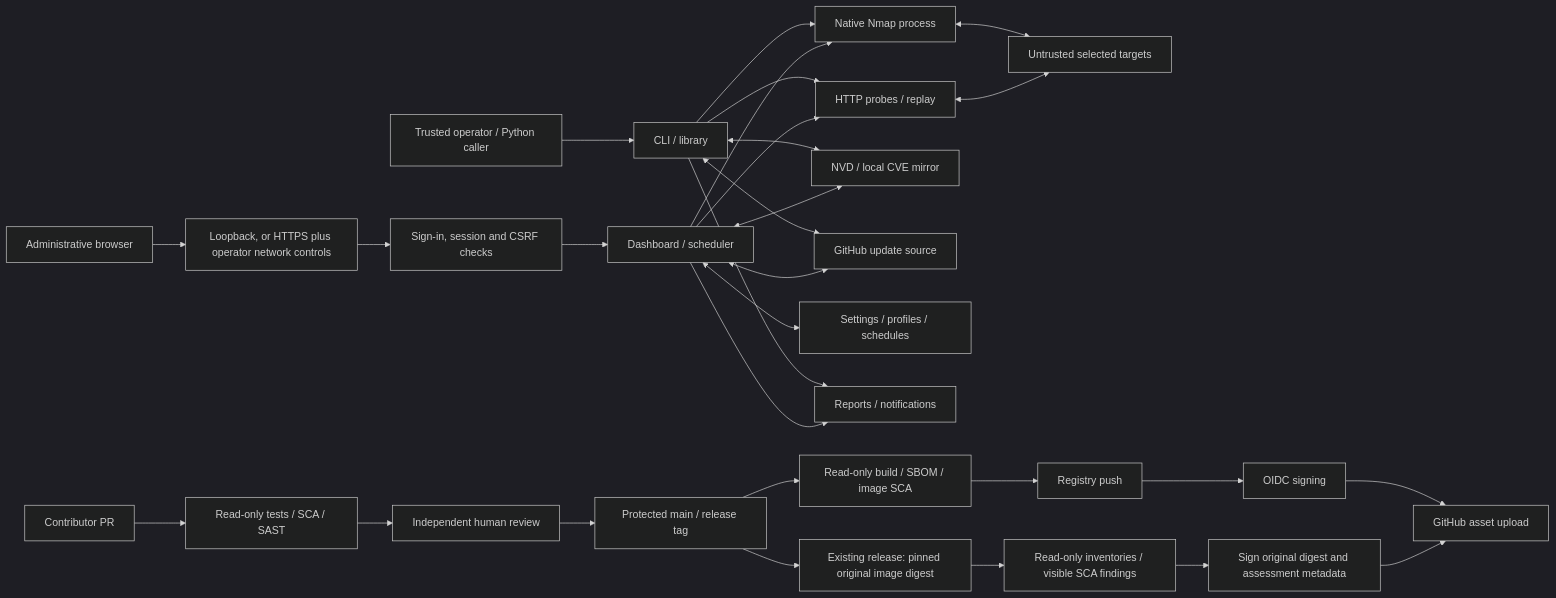
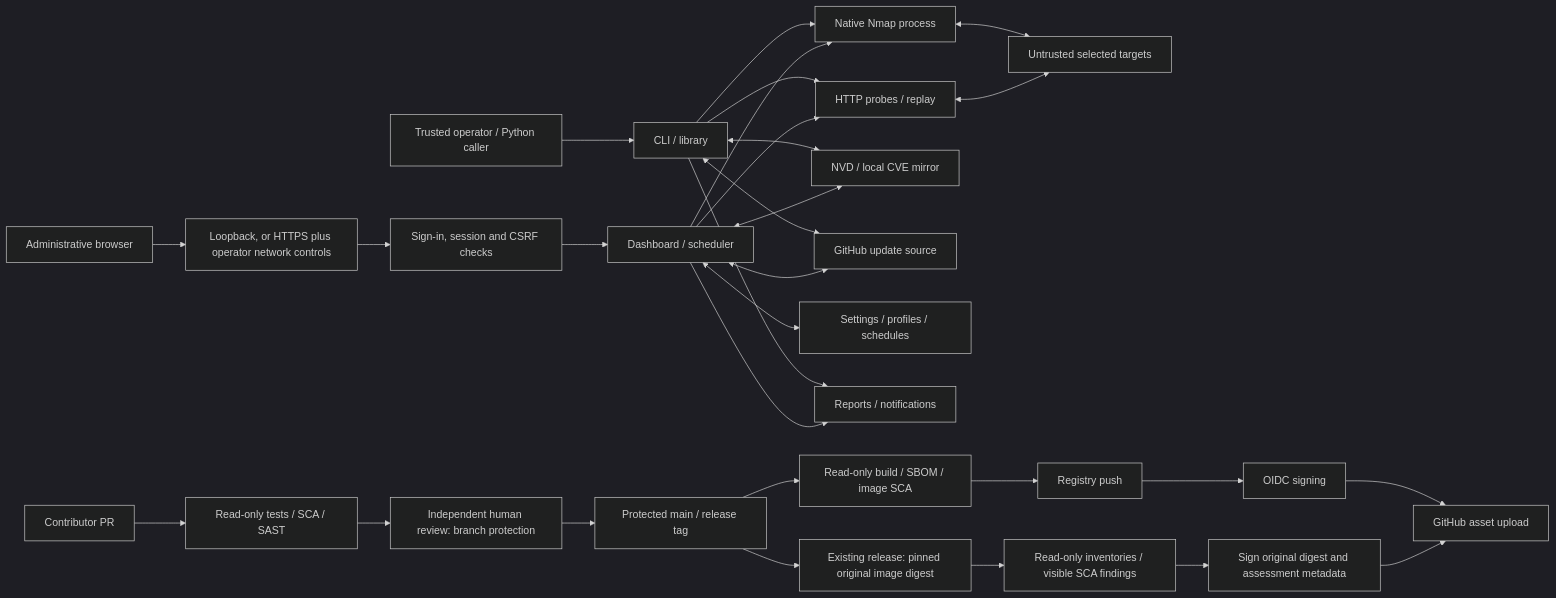
Before and after one commit to GamehunterKaan/AutoPWN-Suite: the diagram in docs/THREAT_MODEL.md, drawn with Mermaid (dark theme). The commit also changed other lines of this file and 25 other files, not shown here.

````diff
--- a/docs/THREAT_MODEL.md
+++ b/docs/THREAT_MODEL.md
@@ -84,31 +84,31 @@
 ```mermaid
 flowchart LR
   O[Trusted operator / Python caller] --> C[CLI / library]
   B[Administrative browser] --> I[Loopback, or HTTPS plus operator network controls]
   I --> L[Sign-in, session and CSRF checks]
   L --> W[Dashboard / scheduler]
   C --> N[Native Nmap process]
   W --> N
   C --> H[HTTP probes / replay]
   W --> H
   N <--> T[Untrusted selected targets]
   H <--> T
   C <--> V[NVD / local CVE mirror]
   C <--> UP[GitHub update source]
   W <--> UP
   W <--> V
   W <--> D[Settings / profiles / schedules]
   C --> R[Reports / notifications]
   W --> R
   P[Contributor PR] --> Q[Read-only tests / SCA / SAST]
-  Q --> U[Independent human review]
+  Q --> U[Independent human review: branch protection]
   U --> M[Protected main / release tag]
   M --> A[Read-only build / SBOM / image SCA]
   A --> X[Registry push]
   X --> S[OIDC signing]
   S --> G[GitHub asset upload]
   M --> AB[Existing release: pinned original image digest]
   AB --> AI[Read-only inventories / visible SCA findings]
   AI --> AS[Sign original digest and assessment metadata]
   AS --> G
 ```
````
